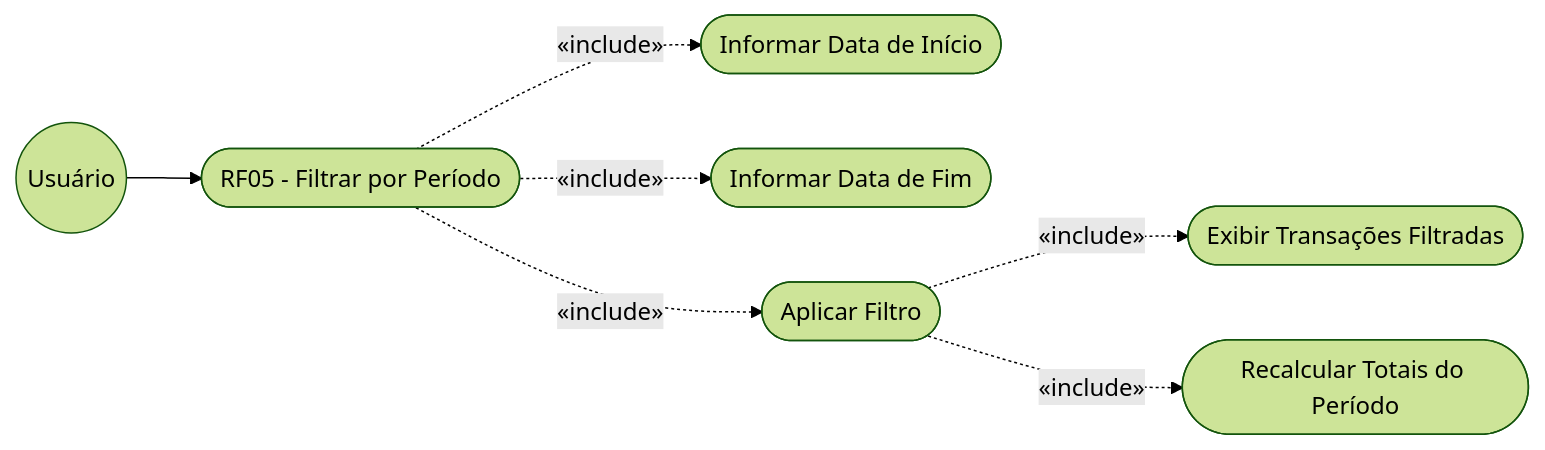
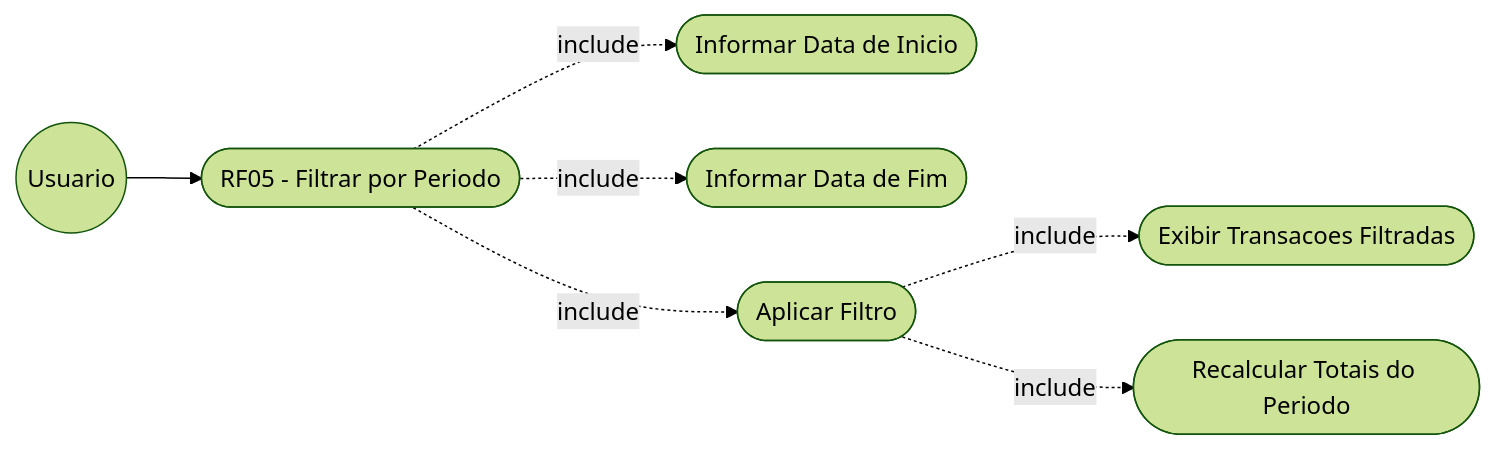
One commit to NEXA-project-br/NEXA changed the fifth of 8 diagrams in relacionamento/dcu.md. Above: the diagram before and after it, drawn with Mermaid (forest theme). The commit also changed other lines of this file, not shown here.

````diff
--- a/relacionamento/dcu.md
+++ b/relacionamento/dcu.md
@@ -111,18 +107,17 @@
 ```mermaid
 graph LR
-  U((Usuário))
-
-  RF05([RF05 - Filtrar por Período])
-  A1([Informar Data de Início])
+  U((Usuario))
+  RF05([RF05 - Filtrar por Periodo])
+  A1([Informar Data de Inicio])
   A2([Informar Data de Fim])
   A3([Aplicar Filtro])
-  A4([Exibir Transações Filtradas])
-  A5([Recalcular Totais do Período])
+  A4([Exibir Transacoes Filtradas])
+  A5([Recalcular Totais do Periodo])
 
   U --> RF05
-  RF05 -.->|«include»| A1
-  RF05 -.->|«include»| A2
-  RF05 -.->|«include»| A3
-  A3  -.->|«include»| A4
-  A3  -.->|«include»| A5
+  RF05 -.->|include| A1
+  RF05 -.->|include| A2
+  RF05 -.->|include| A3
+  A3 -.->|include| A4
+  A3 -.->|include| A5
 ```
````
